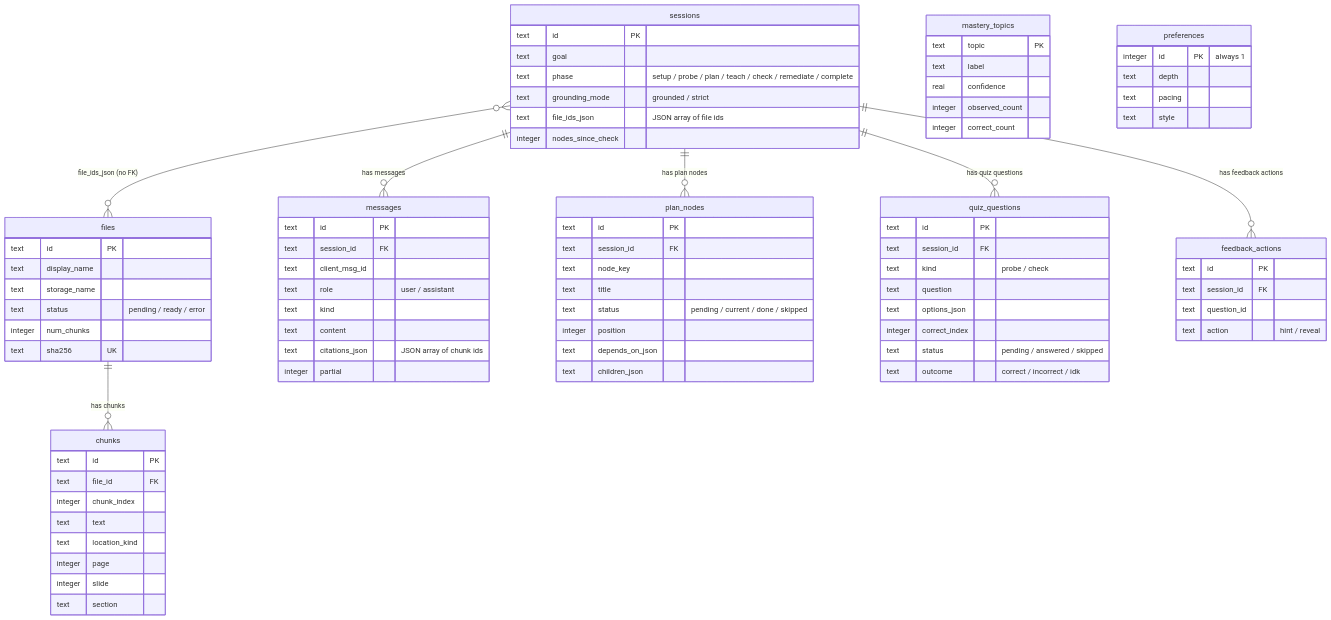
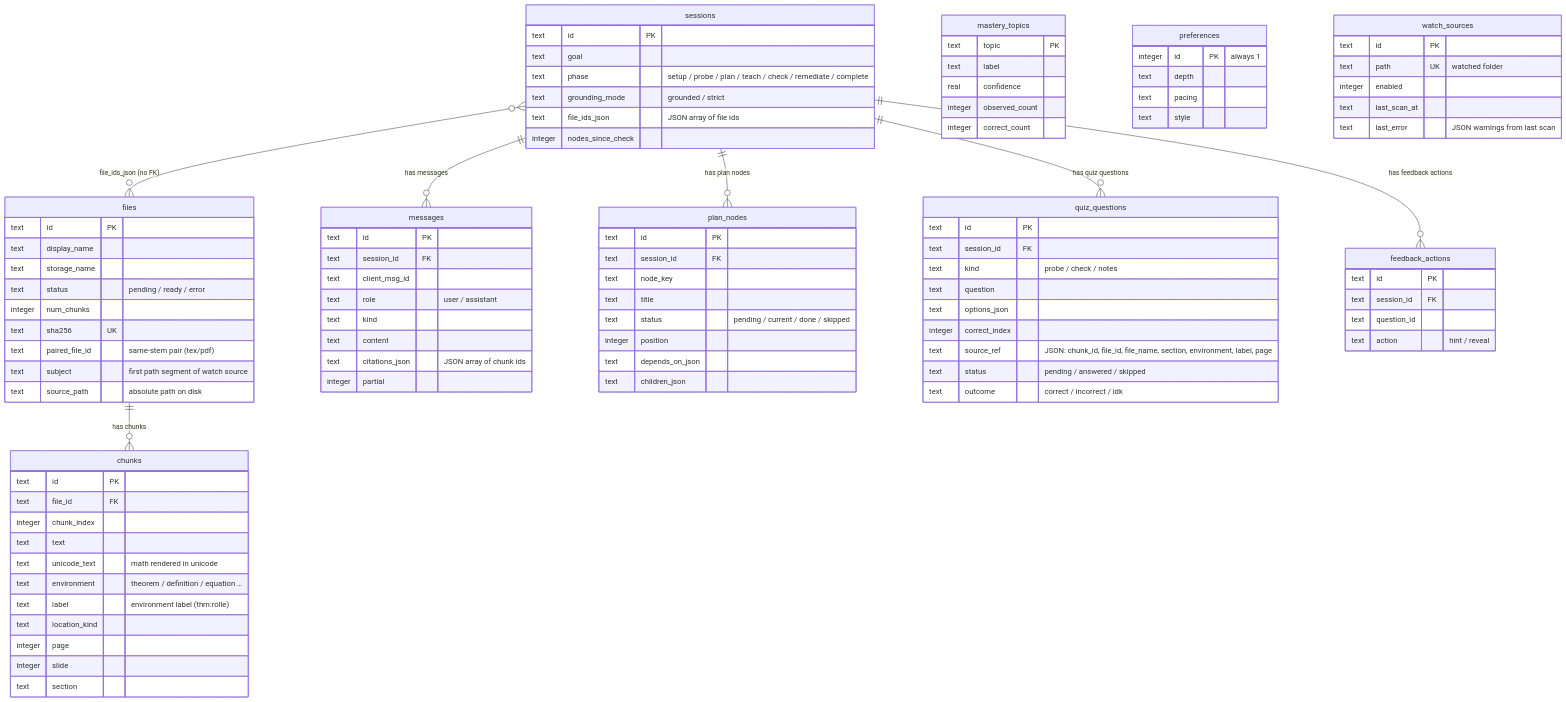
One commit to totallynotbrent/Sage changed the fourth of 4 diagrams in README.md. Above: the diagram before and after it, drawn with Mermaid. The commit also changed other lines of this file and 75 other files, not shown here.

Commit message:
validated structured chat outputs: mermaid, to-do lists, quizzes

````diff
--- a/README.md
+++ b/README.md
@@ -185,12 +216,18 @@
         text status "pending / ready / error"
         integer num_chunks
         text sha256 UK
+        text paired_file_id "same-stem pair (tex/pdf)"
+        text subject "first path segment of watch source"
+        text source_path "absolute path on disk"
     }
     chunks {
         text id PK
         text file_id FK
         integer chunk_index
         text text
+        text unicode_text "math rendered in unicode"
+        text environment "theorem / definition / equation …"
+        text label "environment label (thm:rolle)"
         text location_kind
         integer page
         integer slide
@@ -227,10 +264,11 @@
     quiz_questions {
         text id PK
         text session_id FK
-        text kind "probe / check"
+        text kind "probe / check / notes"
         text question
         text options_json
         integer correct_index
+        text source_ref "JSON: chunk_id, file_id, file_name, section, environment, label, page"
         text status "pending / answered / skipped"
         text outcome "correct / incorrect / idk"
     }
@@ -253,4 +291,11 @@
         text pacing
         text style
     }
+    watch_sources {
+        text id PK
+        text path UK "watched folder"
+        integer enabled
+        text last_scan_at
+        text last_error "JSON warnings from last scan"
+    }
 ```
````
